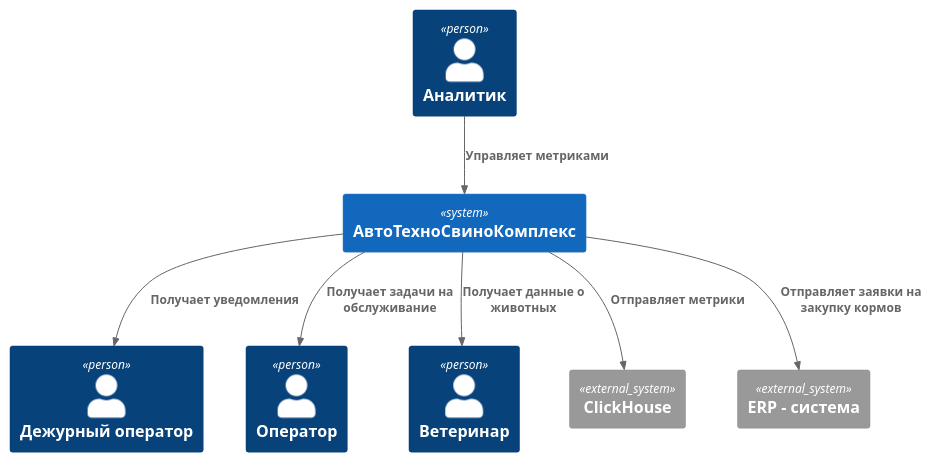
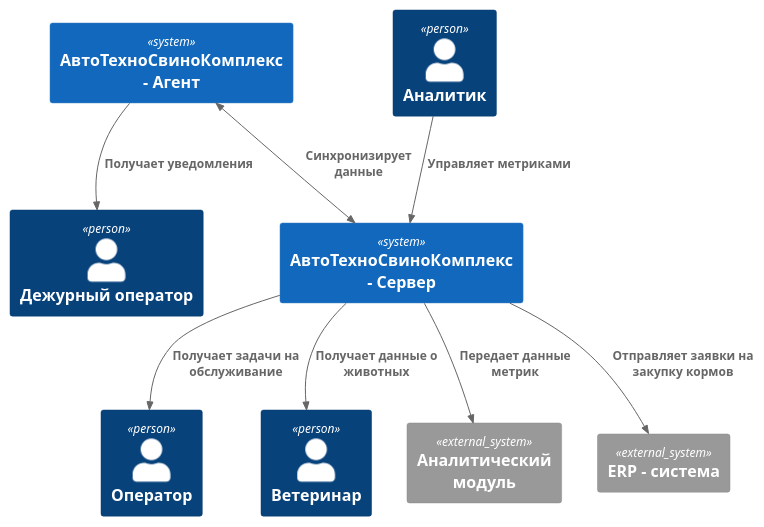
The diagram in Task1/ATCK_C4_Context.puml (mirray/MSA-AgroTech), drawn with PlantUML before and after one commit. The commit also changed 1 other file, not shown here.

```diff
--- a/Task1/ATCK_C4_Context.puml
+++ b/Task1/ATCK_C4_Context.puml
@@ -1,22 +1,24 @@
 @startuml Архитектура_АвтоТехноСвиноКомплекс_v1
 !include <C4/C4_Context>
 
 
 Person(duty_operator, "Дежурный оператор")
 Person(operator, "Оператор")
 Person(analytic, "Аналитик")
 Person(vet, "Ветеринар")
 
-System(atck, "АвтоТехноСвиноКомплекс")
+System(atck_agent, "АвтоТехноСвиноКомплекс - Агент")
+System(atck_server, "АвтоТехноСвиноКомплекс - Сервер")
+BiRel(atck_agent, atck_server, "Синхронизирует данные")
 
-Rel(atck, duty_operator, "Получает уведомления")
-Rel(atck, operator, "Получает задачи на обслуживание")
-Rel(atck, vet, "Получает данные о животных")
-Rel(analytic, atck, "Управляет метриками")
+Rel(atck_agent, duty_operator, "Получает уведомления")
+Rel(atck_server, operator, "Получает задачи на обслуживание")
+Rel(atck_server, vet, "Получает данные о животных")
+Rel(analytic, atck_server, "Управляет метриками")
 
-System_Ext(clickhouse, "ClickHouse")
+System_Ext(analytic_module, "Аналитический модуль")
 System_Ext(erp, "ERP - система")
 
-Rel(atck, clickhouse, "Отправляет метрики")
-Rel(atck, erp, "Отправляет заявки на закупку кормов")
+Rel(atck_server, analytic_module, "Передает данные метрик")
+Rel(atck_server, erp, "Отправляет заявки на закупку кормов")
 @enduml
```
